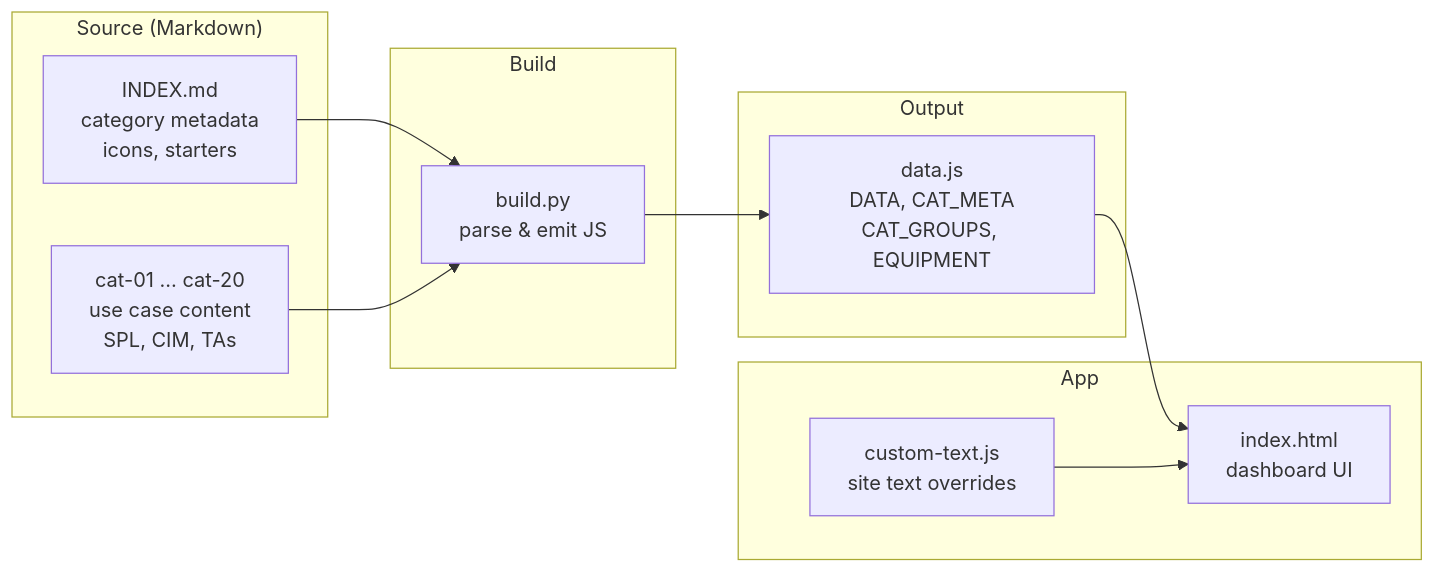
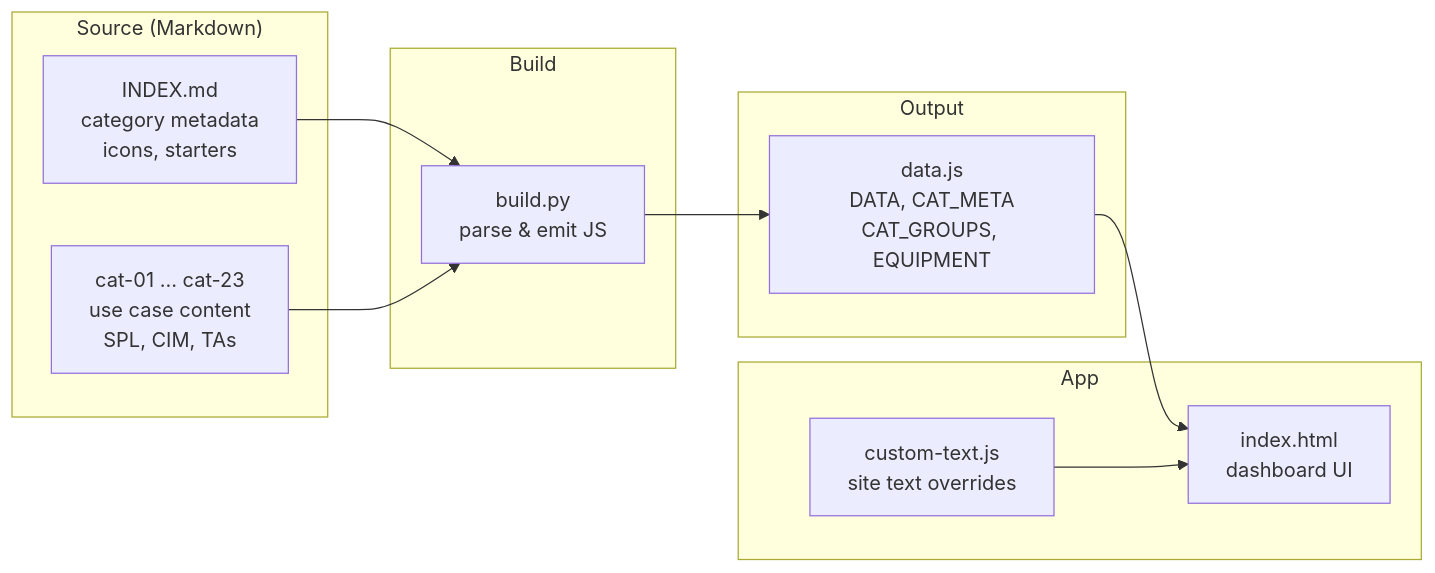
Before and after one commit to fenre/splunk-monitoring-use-cases: the first of 6 diagrams in CODEBASE-DIAGRAM.md, drawn with Mermaid. The commit also changed other lines of this file and 76 other files, not shown here.

````diff
--- a/CODEBASE-DIAGRAM.md
+++ b/CODEBASE-DIAGRAM.md
@@ -9,26 +9,26 @@
 ```mermaid
 flowchart LR
     subgraph sources["Source (Markdown)"]
         INDEX["INDEX.md\ncategory metadata\nicons, starters"]
-        CAT["cat-01 … cat-20\nuse case content\nSPL, CIM, TAs"]
+        CAT["cat-01 … cat-23\nuse case content\nSPL, CIM, TAs"]
     end
 
     subgraph build["Build"]
         PY["build.py\nparse & emit JS"]
     end
 
     subgraph output["Output"]
         DATA["data.js\nDATA, CAT_META\nCAT_GROUPS, EQUIPMENT"]
     end
 
     subgraph app["App"]
         HTML["index.html\ndashboard UI"]
         CUSTOM["custom-text.js\nsite text overrides"]
     end
 
     INDEX --> PY
     CAT --> PY
     PY --> DATA
     DATA --> HTML
     CUSTOM --> HTML
 ```
````
